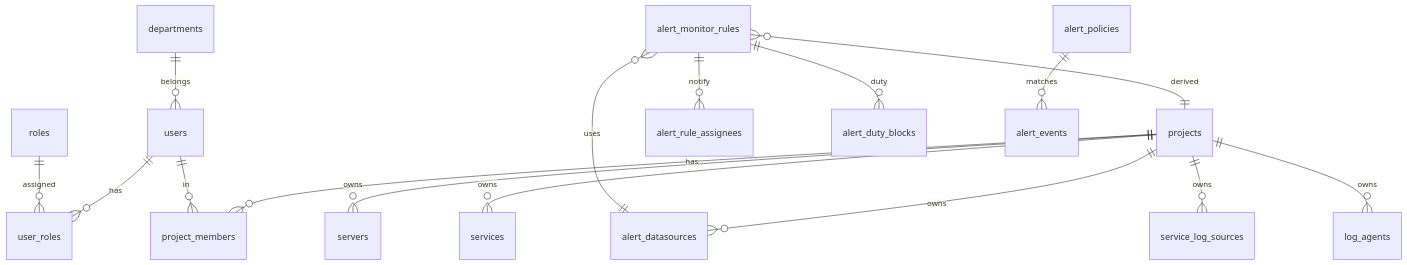
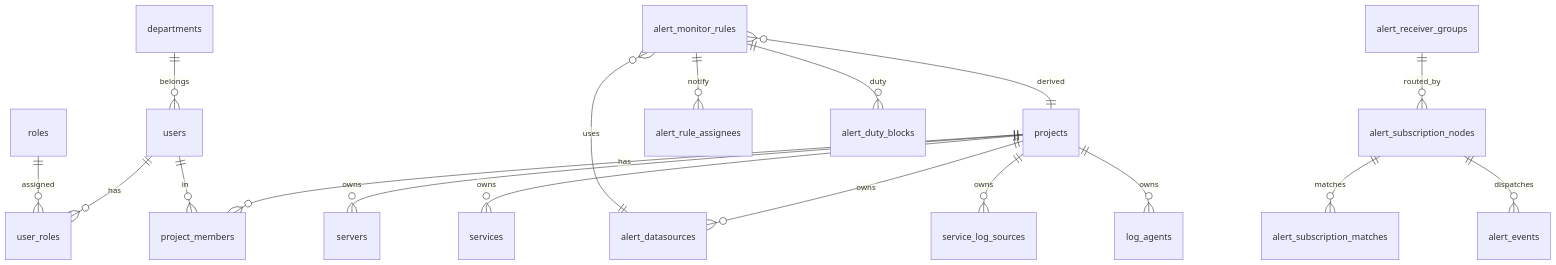
Before and after one commit to chinesewxd123/yunshu: the diagram in docs/handbook/database/schema-and-relationships.md, drawn with Mermaid. The commit also changed other lines of this file and 37 other files, not shown here.

````diff
--- a/docs/handbook/database/schema-and-relationships.md
+++ b/docs/handbook/database/schema-and-relationships.md
@@ -7,18 +7,20 @@
 ```mermaid
 erDiagram
   users ||--o{ user_roles : has
   roles ||--o{ user_roles : assigned
   departments ||--o{ users : belongs
   projects ||--o{ project_members : has
   users ||--o{ project_members : in
   projects ||--o{ servers : owns
   projects ||--o{ services : owns
   projects ||--o{ service_log_sources : owns
   projects ||--o{ log_agents : owns
   projects ||--o{ alert_datasources : owns
   alert_monitor_rules }o--|| alert_datasources : uses
   alert_monitor_rules }o--|| projects : derived
   alert_monitor_rules ||--o{ alert_rule_assignees : notify
   alert_monitor_rules ||--o{ alert_duty_blocks : duty
-  alert_policies ||--o{ alert_events : matches
+  alert_subscription_nodes ||--o{ alert_subscription_matches : matches
+  alert_receiver_groups ||--o{ alert_subscription_nodes : routed_by
+  alert_subscription_nodes ||--o{ alert_events : dispatches
 ```
````
